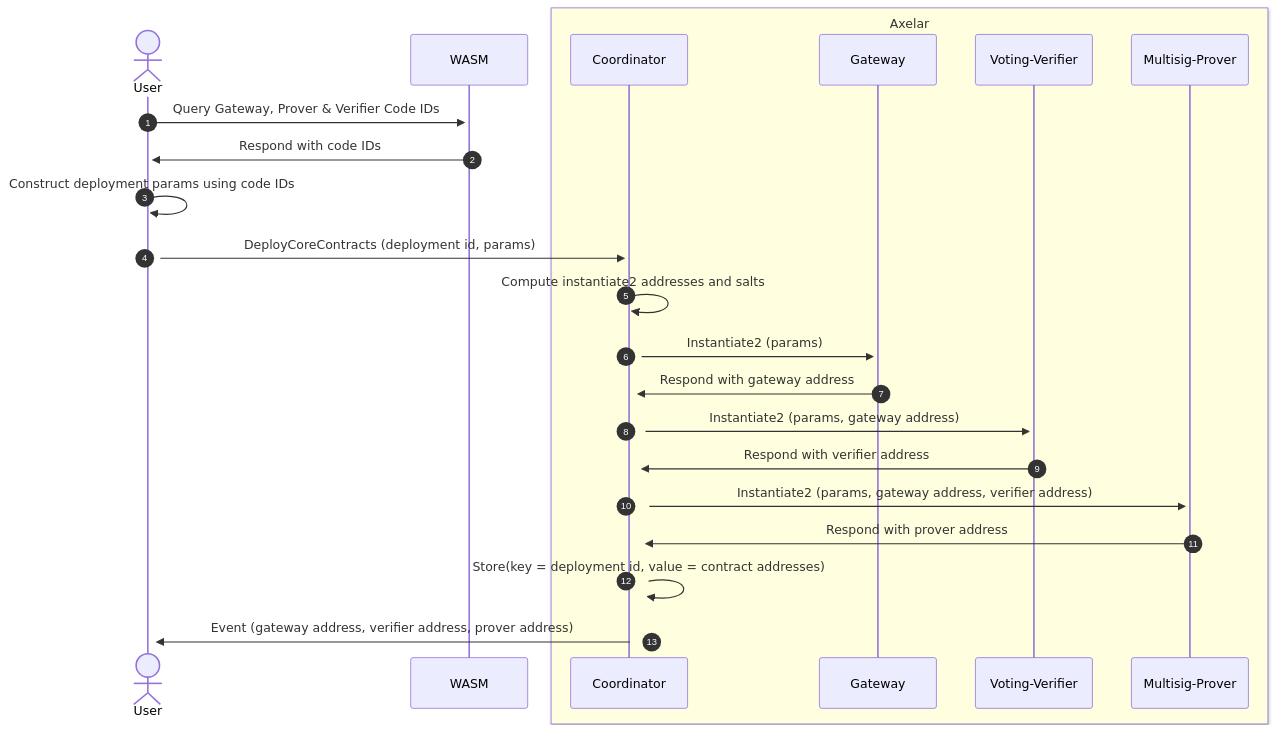
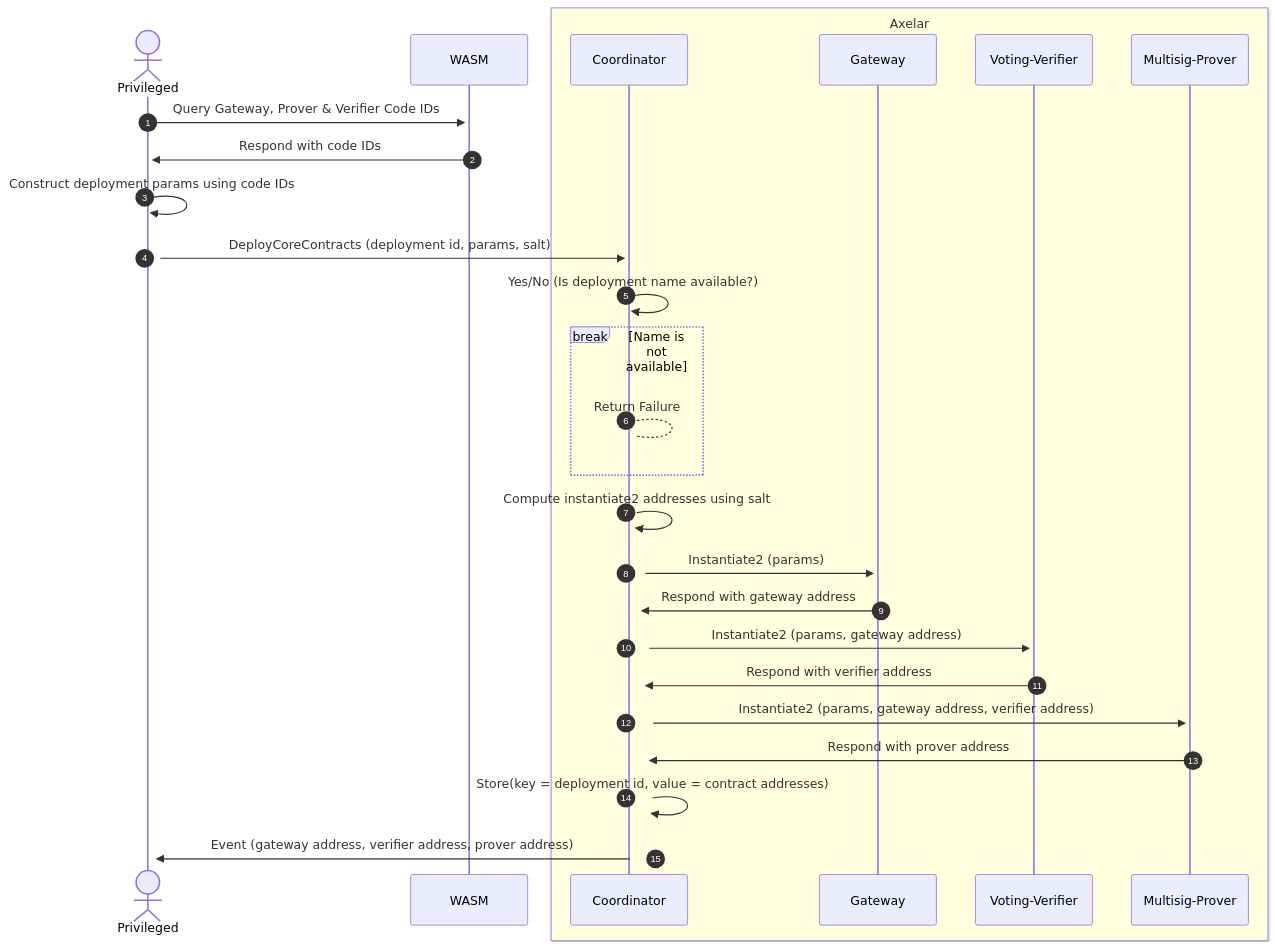
The first of 2 diagrams in arc-8.md (axelarnetwork/arcs), drawn with Mermaid before and after one commit. The commit also changed other lines of this file, not shown here.

````diff
--- a/arc-8.md
+++ b/arc-8.md
@@ -55,26 +69,30 @@
 ```mermaid
 sequenceDiagram
 autonumber
-actor User
+actor Privileged
 participant WASM
 box LightYellow Axelar
 participant Coordinator
 participant Gateway
 participant Voting-Verifier
 participant Multisig-Prover
 end
 
-User->>+WASM: Query Gateway, Prover & Verifier Code IDs
-WASM->>+User: Respond with code IDs
-User->>+User: Construct deployment params using code IDs
-User->>+Coordinator: DeployCoreContracts (deployment id, params)
-Coordinator->>+Coordinator: Compute instantiate2 addresses and salts
+Privileged->>+WASM: Query Gateway, Prover & Verifier Code IDs
+WASM->>+Privileged: Respond with code IDs
+Privileged->>+Privileged: Construct deployment params using code IDs
+Privileged->>+Coordinator: DeployCoreContracts (deployment id, params, salt)
+Coordinator->>+Coordinator: Yes/No (Is deployment name available?)
+break Name is not available
+ Coordinator-->Coordinator: Return Failure
+end
+Coordinator->>+Coordinator: Compute instantiate2 addresses using salt
 Coordinator->>+Gateway: Instantiate2 (params)
 Gateway->>+Coordinator: Respond with gateway address
 Coordinator->>+Voting-Verifier: Instantiate2 (params, gateway address)
 Voting-Verifier->>+Coordinator: Respond with verifier address
 Coordinator->>+Multisig-Prover: Instantiate2 (params, gateway address, verifier address)
 Multisig-Prover->>+Coordinator: Respond with prover address
 Coordinator->>+Coordinator: Store(key = deployment id, value = contract addresses)
-Coordinator->>+User: Event (gateway address, verifier address, prover address)
+Coordinator->>+Privileged: Event (gateway address, verifier address, prover address)
 ```
````
